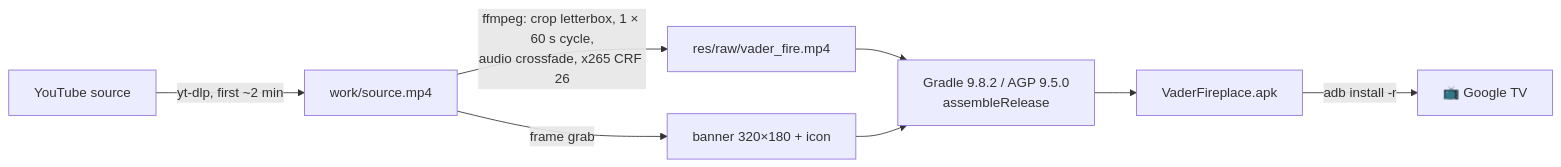
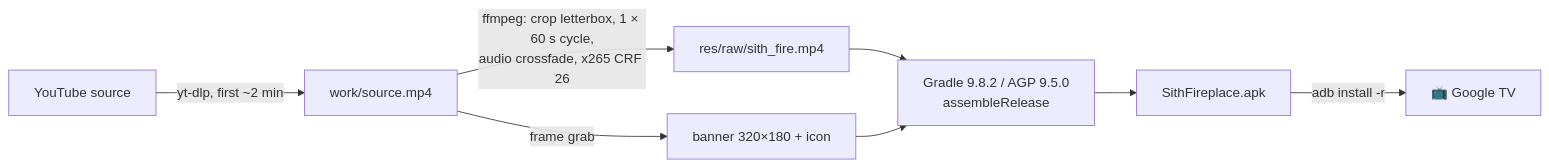
One commit to crash101g/sith-fireplace-tv changed the diagram in README.md. Above: the diagram before and after it, drawn with Mermaid. The commit also changed other lines of this file and 6 other files, not shown here.

First line of the commit message:
Rename project to Sith Fireplace TV

````diff
--- a/README.md
+++ b/README.md
@@ -76,10 +76,10 @@
 ```mermaid
 flowchart LR
     A[YouTube source] -->|yt-dlp, first ~2 min| B[work/source.mp4]
-    B -->|ffmpeg: crop letterbox, 1 × 60 s cycle,<br/>audio crossfade, x265 CRF 26| C[res/raw/vader_fire.mp4]
+    B -->|ffmpeg: crop letterbox, 1 × 60 s cycle,<br/>audio crossfade, x265 CRF 26| C[res/raw/sith_fire.mp4]
     B -->|frame grab| D[banner 320×180 + icon]
     C --> E[Gradle 9.8.2 / AGP 9.5.0<br/>assembleRelease]
     D --> E
-    E --> F[VaderFireplace.apk]
+    E --> F[SithFireplace.apk]
     F -->|adb install -r| G[📺 Google TV]
 ```
````
